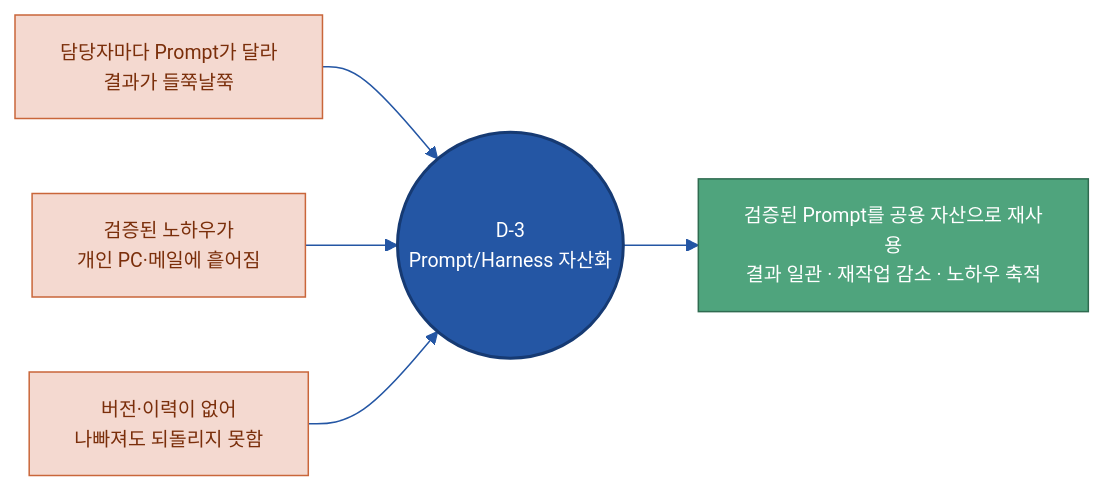
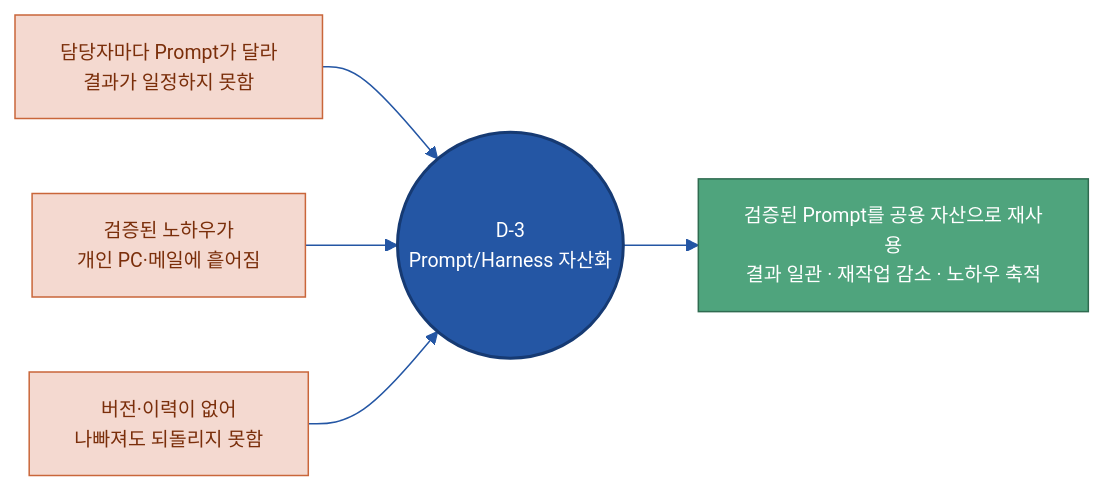
The first of 7 diagrams in 가이드 작성/D-3 Prompt_Harness 자산화/D-3 Prompt_Harness 자산화.md (jin-kearney/ai-ready-data-manual), drawn with Mermaid before and after one commit. The commit also changed other lines of this file and 1 other file, not shown here.

````diff
--- a/가이드 작성/D-3 Prompt_Harness 자산화/D-3 Prompt_Harness 자산화.md
+++ b/가이드 작성/D-3 Prompt_Harness 자산화/D-3 Prompt_Harness 자산화.md
@@ -71,15 +70,15 @@
 ```mermaid
 %%{init: {'theme':'base','themeVariables':{'primaryColor':'#DCE8F5','primaryBorderColor':'#2456A4','primaryTextColor':'#10243f','lineColor':'#2456A4','fontSize':'13px'}}}%%
 flowchart LR
-    P1["담당자마다 Prompt가 달라<br/>결과가 들쭉날쭉"]:::pain
+    P1["담당자마다 Prompt가 달라<br/>결과가 일정하지 못함"]:::pain
     P2["검증된 노하우가<br/>개인 PC·메일에 흩어짐"]:::pain
     P3["버전·이력이 없어<br/>나빠져도 되돌리지 못함"]:::pain
     T(("D-3<br/>Prompt/Harness 자산화")):::cat
     P1 --> T
     P2 --> T
     P3 --> T
     T --> R["검증된 Prompt를 공용 자산으로 재사용<br/>결과 일관 · 재작업 감소 · 노하우 축적"]:::loop
     classDef pain fill:#F4D9D0,stroke:#C9663A,color:#7a2e0a;
     classDef cat fill:#2456A4,color:#fff,stroke:#163a73,stroke-width:2px;
     classDef loop fill:#4FA47D,stroke:#2f6b50,color:#fff;
 ```
````
